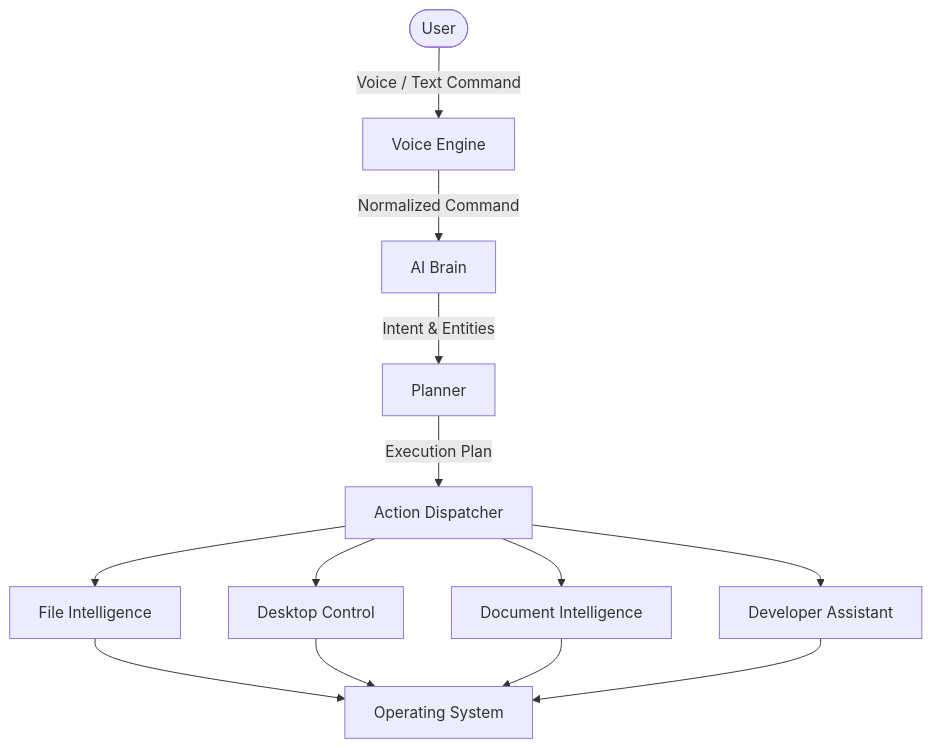
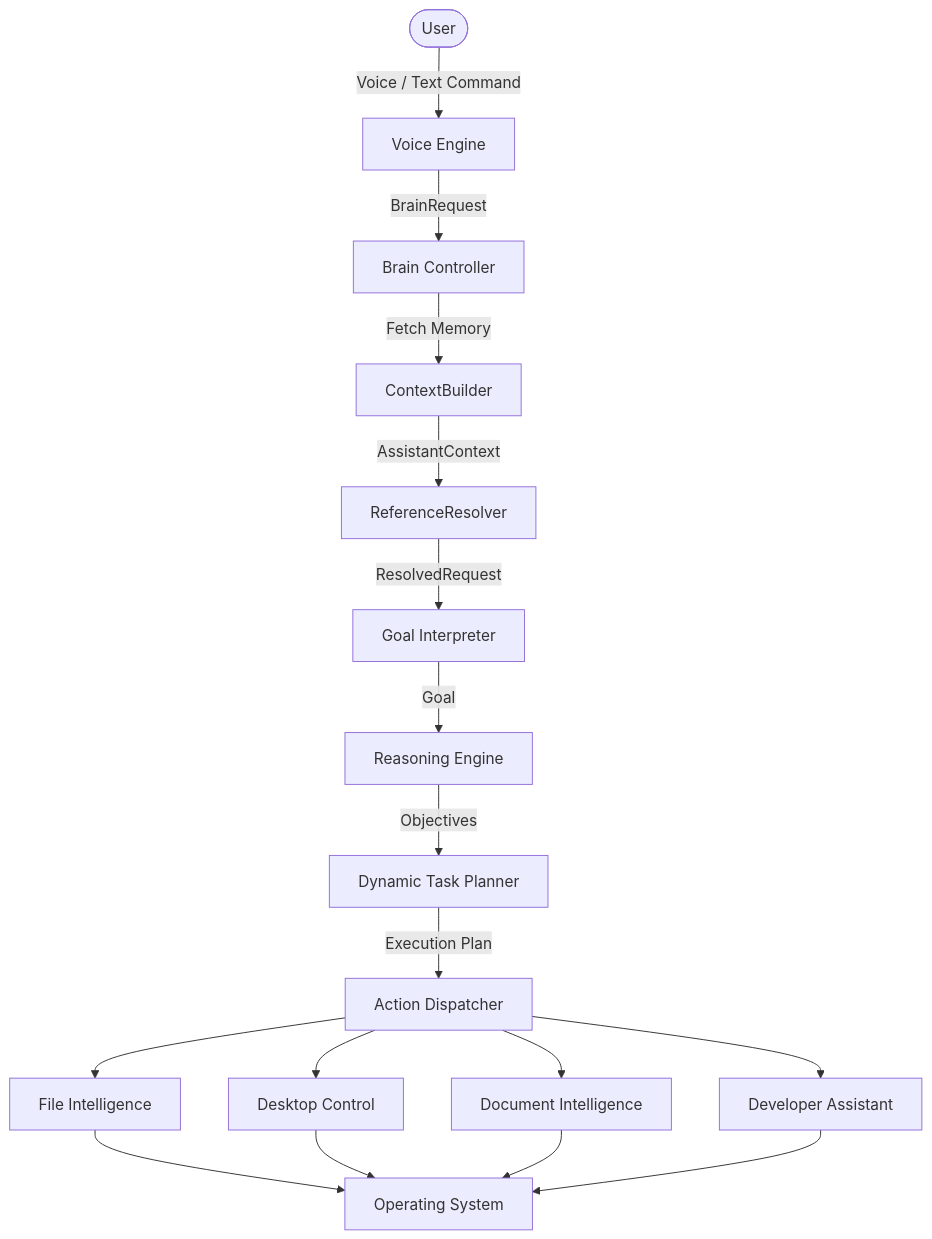
Before and after one commit to Vish-0806/Auralis-voice-file-manager: the diagram in README.md, drawn with Mermaid. The commit also changed other lines of this file and 5 other files, not shown here.

````diff
--- a/README.md
+++ b/README.md
@@ -143,17 +84,21 @@
 ```mermaid
 graph TD
     User([User]) -->|Voice / Text Command| VoiceEngine[Voice Engine]
-    VoiceEngine -->|Normalized Command| AIBrain[AI Brain]
-    AIBrain -->|Intent & Entities| Planner[Planner]
-    Planner -->|Execution Plan| Dispatcher[Action Dispatcher]
+    VoiceEngine -->|BrainRequest| BrainController[Brain Controller]
+    BrainController -->|Fetch Memory| ContextBuilder[ContextBuilder]
+    ContextBuilder -->|AssistantContext| RefResolver[ReferenceResolver]
+    RefResolver -->|ResolvedRequest| GoalInterpreter[Goal Interpreter]
+    GoalInterpreter -->|Goal| ReasoningEngine[Reasoning Engine]
+    ReasoningEngine -->|Objectives| TaskPlanner[Dynamic Task Planner]
+    TaskPlanner -->|Execution Plan| Dispatcher[Action Dispatcher]
     
     Dispatcher --> FileIntel[File Intelligence]
     Dispatcher --> DesktopControl[Desktop Control]
     Dispatcher --> DocIntel[Document Intelligence]
     Dispatcher --> DevAssistant[Developer Assistant]
     
     FileIntel --> OS[Operating System]
     DesktopControl --> OS
     DocIntel --> OS
     DevAssistant --> OS
 ```
````
